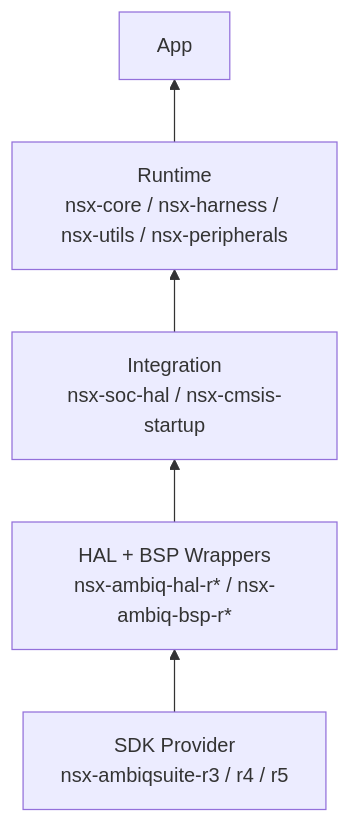
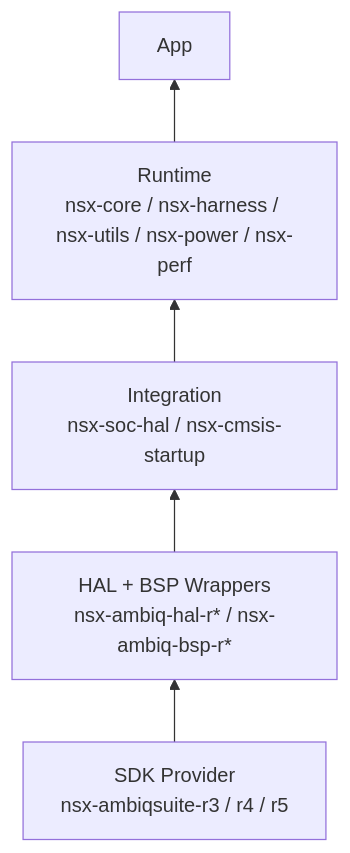
The diagram in docs/architecture/overview.md (AmbiqAI/neuralspotx), drawn with Mermaid before and after one commit. The commit also changed other lines of this file and 7 other files, not shown here.

````diff
--- a/docs/architecture/overview.md
+++ b/docs/architecture/overview.md
@@ -39,7 +39,7 @@
 ```mermaid
 flowchart BT
     SDK["SDK Provider\nnsx-ambiqsuite-r3 / r4 / r5"] --> HAL["HAL + BSP Wrappers\nnsx-ambiq-hal-r* / nsx-ambiq-bsp-r*"]
     HAL --> INT["Integration\nnsx-soc-hal / nsx-cmsis-startup"]
-    INT --> RT["Runtime\nnsx-core / nsx-harness / nsx-utils / nsx-peripherals"]
+   INT --> RT["Runtime\nnsx-core / nsx-harness / nsx-utils / nsx-power / nsx-perf"]
     RT --> APP["App"]
 ```
````
